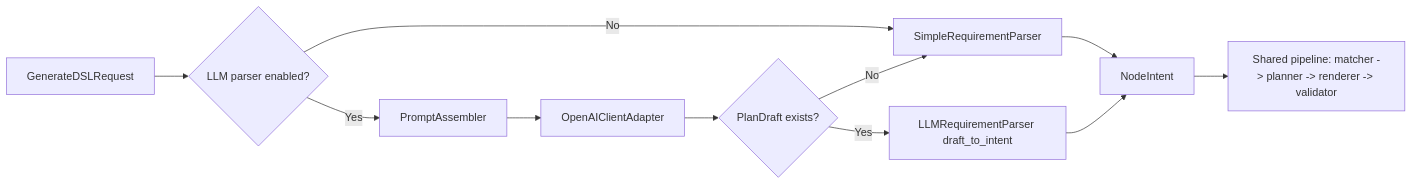
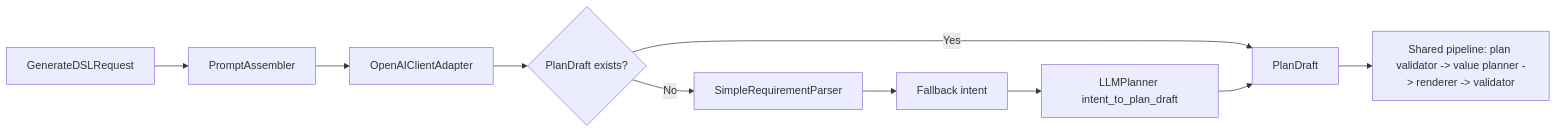
The fourth of 4 diagrams in AGENT_ARCHITECTURE.md (Vsisk/after_work), drawn with Mermaid before and after one commit. The commit also changed other lines of this file and 19 other files, not shown here.

````diff
--- a/AGENT_ARCHITECTURE.md
+++ b/AGENT_ARCHITECTURE.md
@@ -387,13 +339,12 @@
 ```mermaid
 flowchart LR
-    A[GenerateDSLRequest] --> B{LLM parser enabled?}
-    B -- No --> C[SimpleRequirementParser]
-    B -- Yes --> D[PromptAssembler]
+    A[GenerateDSLRequest] --> D[PromptAssembler]
     D --> E[OpenAIClientAdapter]
     E --> F{PlanDraft exists?}
-    F -- Yes --> G[LLMRequirementParser draft_to_intent]
-    F -- No --> C
-    C --> H[NodeIntent]
-    G --> H
-    H --> I[Shared pipeline: matcher -> planner -> renderer -> validator]
+    F -- Yes --> G[PlanDraft]
+    F -- No --> C[SimpleRequirementParser]
+    C --> H[Fallback intent]
+    H --> I[LLMPlanner intent_to_plan_draft]
+    I --> G
+    G --> J[Shared pipeline: plan validator -> value planner -> renderer -> validator]
 ```
````
